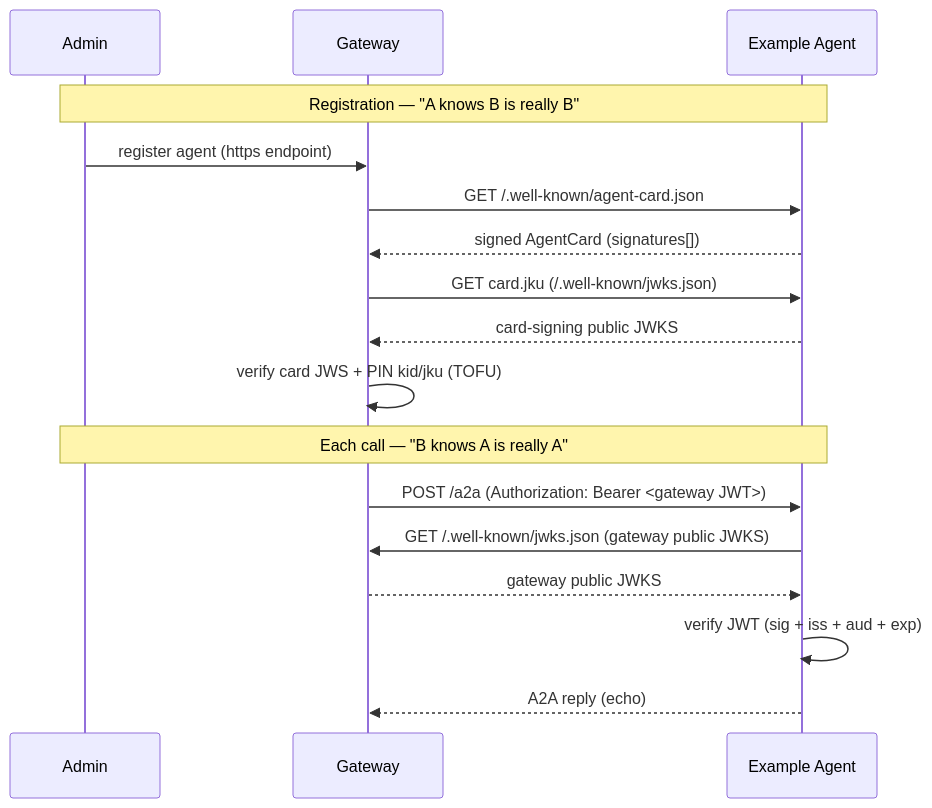
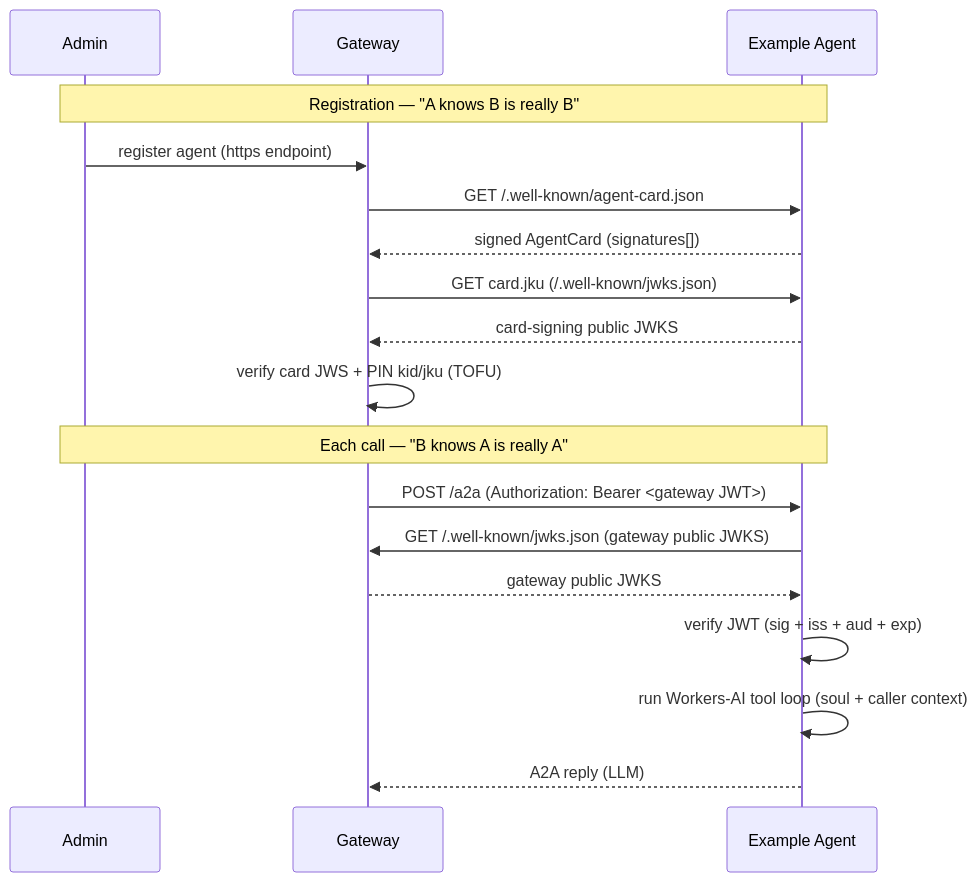
One commit to Looping-AI/remote-agent changed the diagram in ARCHITECTURE.md. Above: the diagram before and after it, drawn with Mermaid. The commit also changed other lines of this file and 29 other files, not shown here.

````diff
--- a/ARCHITECTURE.md
+++ b/ARCHITECTURE.md
@@ -5,21 +5,22 @@
 ```mermaid
 sequenceDiagram
     participant Admin
     participant Gateway
     participant Agent as Example Agent
 
     Note over Admin,Agent: Registration — "A knows B is really B"
     Admin->>Gateway: register agent (https endpoint)
     Gateway->>Agent: GET /.well-known/agent-card.json
     Agent-->>Gateway: signed AgentCard (signatures[])
     Gateway->>Agent: GET card.jku (/.well-known/jwks.json)
     Agent-->>Gateway: card-signing public JWKS
     Gateway->>Gateway: verify card JWS + PIN kid/jku (TOFU)
 
     Note over Admin,Agent: Each call — "B knows A is really A"
     Gateway->>Agent: POST /a2a (Authorization: Bearer <gateway JWT>)
     Agent->>Gateway: GET /.well-known/jwks.json (gateway public JWKS)
     Gateway-->>Agent: gateway public JWKS
     Agent->>Agent: verify JWT (sig + iss + aud + exp)
-    Agent-->>Gateway: A2A reply (echo)
+    Agent->>Agent: run Workers-AI tool loop (soul + caller context)
+    Agent-->>Gateway: A2A reply (LLM)
 ```
````
